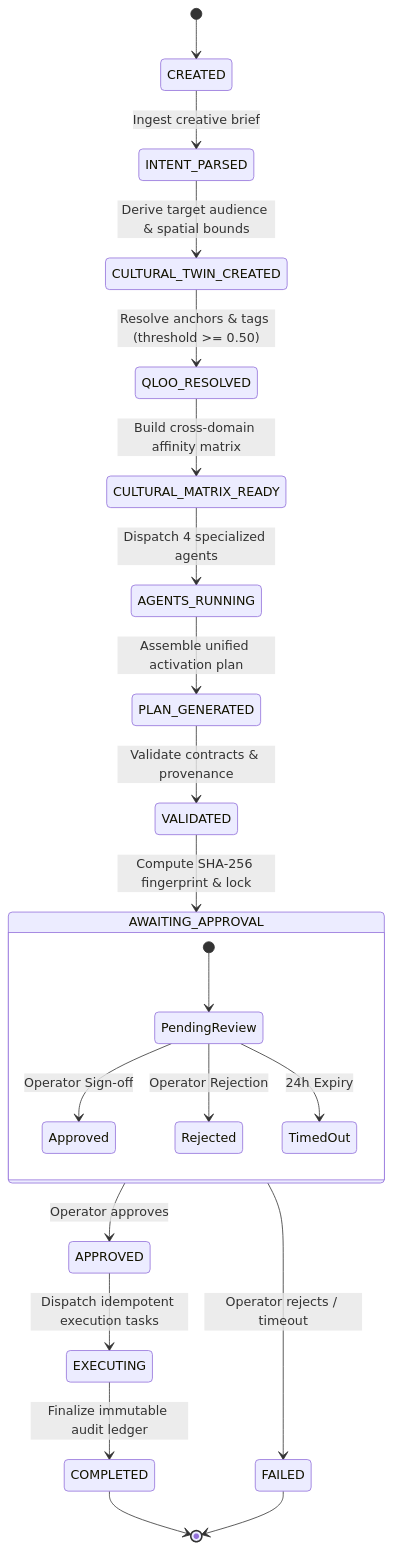
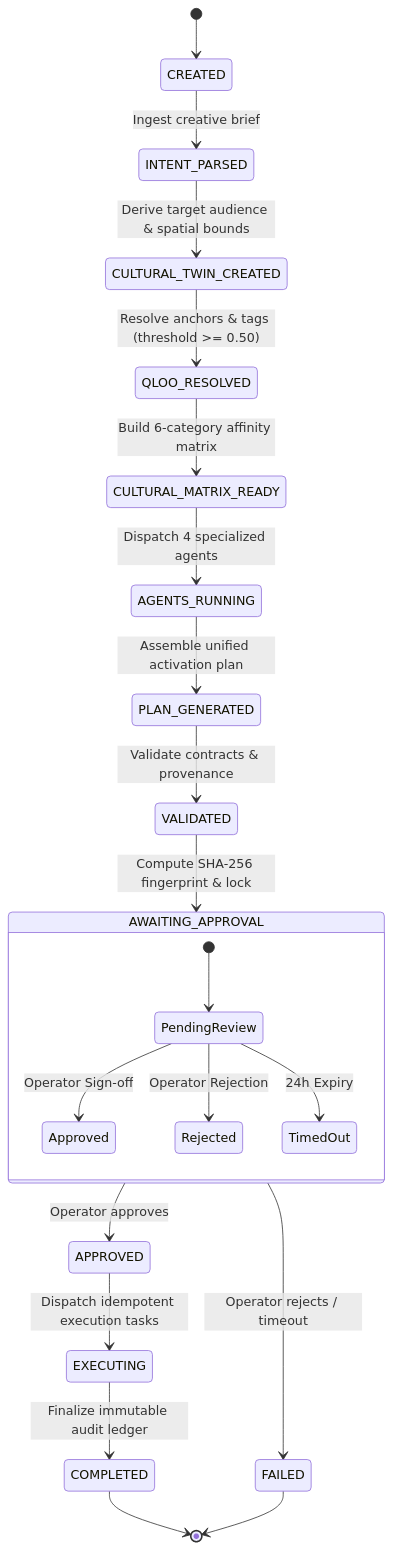
Before and after one commit to maitray-agrawal/TasteOps: the second of 2 diagrams in README.md, drawn with Mermaid. The commit also changed other lines of this file, not shown here.

````diff
--- a/README.md
+++ b/README.md
@@ -184,26 +184,26 @@
 ```mermaid
 stateDiagram-v2
     [*] --> CREATED
     CREATED --> INTENT_PARSED: Ingest creative brief
     INTENT_PARSED --> CULTURAL_TWIN_CREATED: Derive target audience & spatial bounds
     CULTURAL_TWIN_CREATED --> QLOO_RESOLVED: Resolve anchors & tags (threshold >= 0.50)
-    QLOO_RESOLVED --> CULTURAL_MATRIX_READY: Build cross-domain affinity matrix
+    QLOO_RESOLVED --> CULTURAL_MATRIX_READY: Build 6-category affinity matrix
     CULTURAL_MATRIX_READY --> AGENTS_RUNNING: Dispatch 4 specialized agents
     AGENTS_RUNNING --> PLAN_GENERATED: Assemble unified activation plan
     PLAN_GENERATED --> VALIDATED: Validate contracts & provenance
     VALIDATED --> AWAITING_APPROVAL: Compute SHA-256 fingerprint & lock
 
     state AWAITING_APPROVAL {
         [*] --> PendingReview
         PendingReview --> Approved: Operator Sign-off
         PendingReview --> Rejected: Operator Rejection
         PendingReview --> TimedOut: 24h Expiry
     }
 
     AWAITING_APPROVAL --> APPROVED: Operator approves
     AWAITING_APPROVAL --> FAILED: Operator rejects / timeout
     APPROVED --> EXECUTING: Dispatch idempotent execution tasks
     EXECUTING --> COMPLETED: Finalize immutable audit ledger
     COMPLETED --> [*]
     FAILED --> [*]
 ```
````
